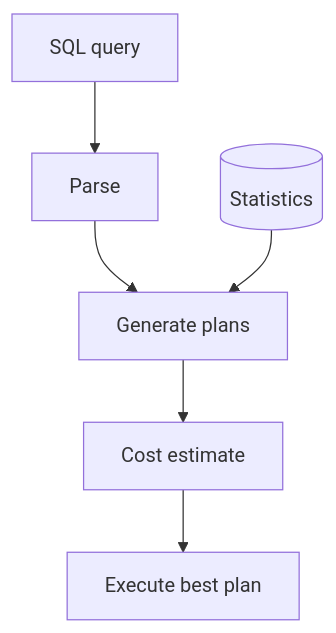
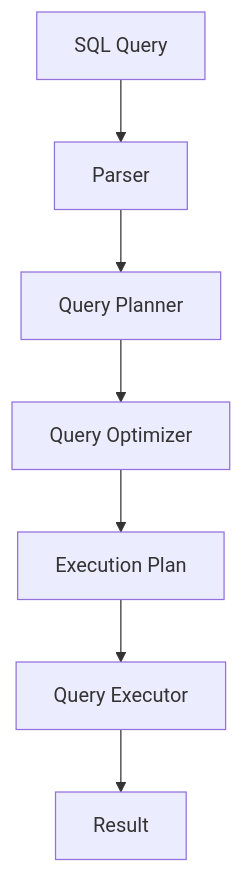
Before and after one commit to hareramcse/SystemDesign: the third of 9 diagrams in 02-databases/README.md, drawn with Mermaid. The commit also changed other lines of this file, not shown here.

````diff
--- a/02-databases/README.md
+++ b/02-databases/README.md
@@ -411,8 +1141,9 @@
 ```mermaid
 flowchart TB
-    SQL[SQL query] --> Parse[Parse]
-    Parse --> Plans[Generate plans]
-    Stats[(Statistics)] --> Plans
-    Plans --> Cost[Cost estimate]
-    Cost --> Best[Execute best plan]
+  SQL[SQL Query] --> Parser
+  Parser --> Planner[Query Planner]
+  Planner --> Optimizer[Query Optimizer]
+  Optimizer --> Plan[Execution Plan]
+  Plan --> Executor[Query Executor]
+  Executor --> Result[Result]
 ```
````
